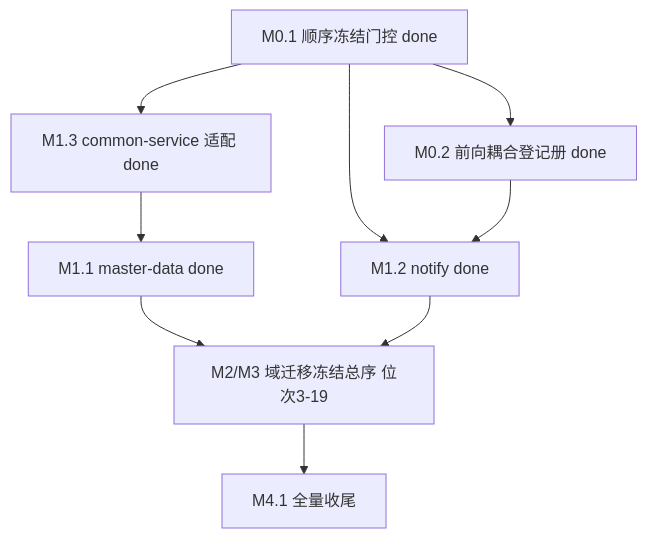
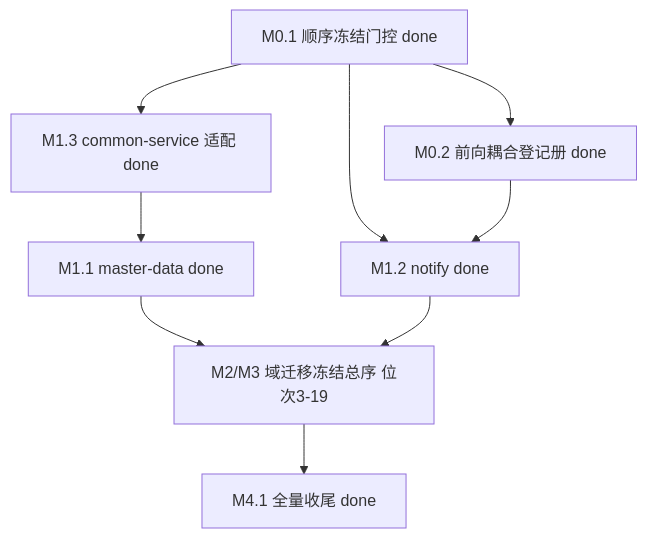
Before and after one commit to entropy-cloud/nop-app-erp: the diagram in docs/backlog/id-string-migration-roadmap.md, drawn with Mermaid. The commit also changed other lines of this file and 6 other files, not shown here.

First line of the commit message:
docs(id-string-migration): plan-2026-08-23-0434 M4.1(3/3) compliance 复跑裁决 + 基线终态 + 登记册/文档/roadmap mission 收尾

````diff
--- a/docs/backlog/id-string-migration-roadmap.md
+++ b/docs/backlog/id-string-migration-roadmap.md
@@ -126,11 +126,11 @@
 ```mermaid
 graph TD
     M0[M0.1 顺序冻结门控 done] --> M1_3[M1.3 common-service 适配 done]
     M1_3 --> M1_1[M1.1 master-data done]
     M0 --> M0_2[M0.2 前向耦合登记册 done]
     M0 --> M1_2[M1.2 notify done]
     M0_2 --> M1_2
     M1_1 --> SEQ[M2/M3 域迁移冻结总序 位次3-19]
     M1_2 --> SEQ
-    SEQ --> M4[M4.1 全量收尾]
+    SEQ --> M4[M4.1 全量收尾 done]
 ```
````
